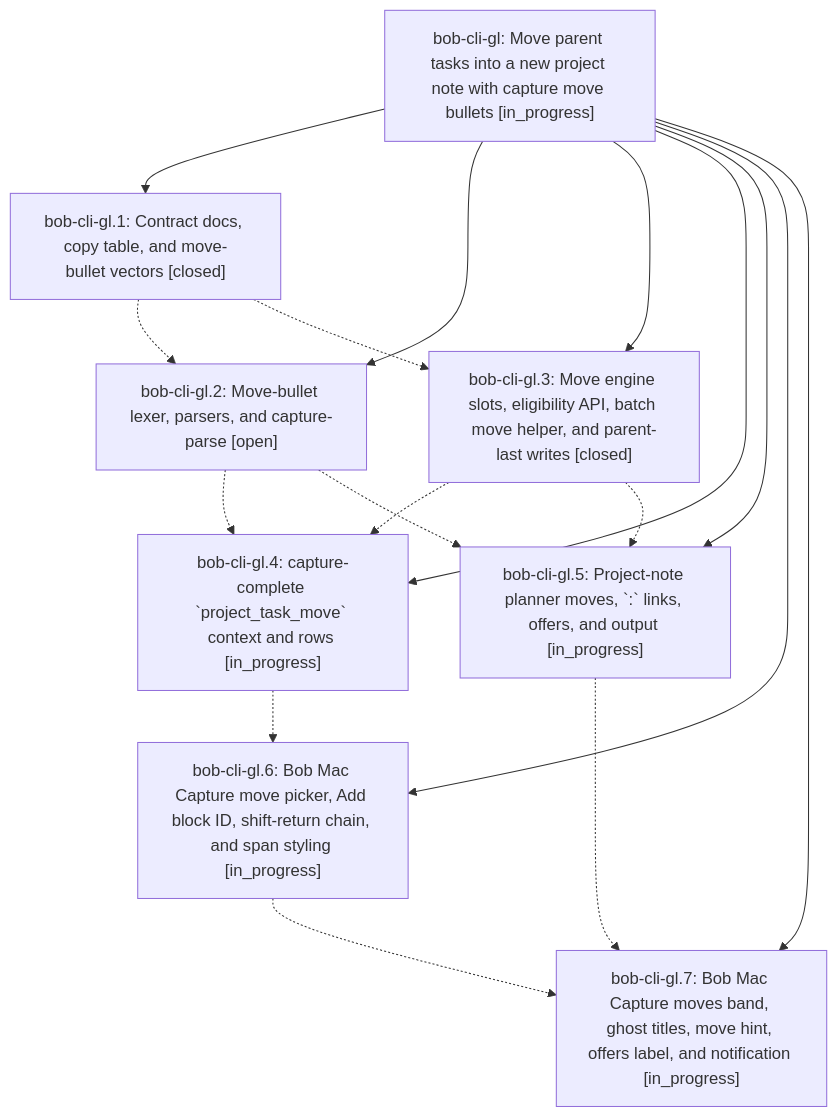
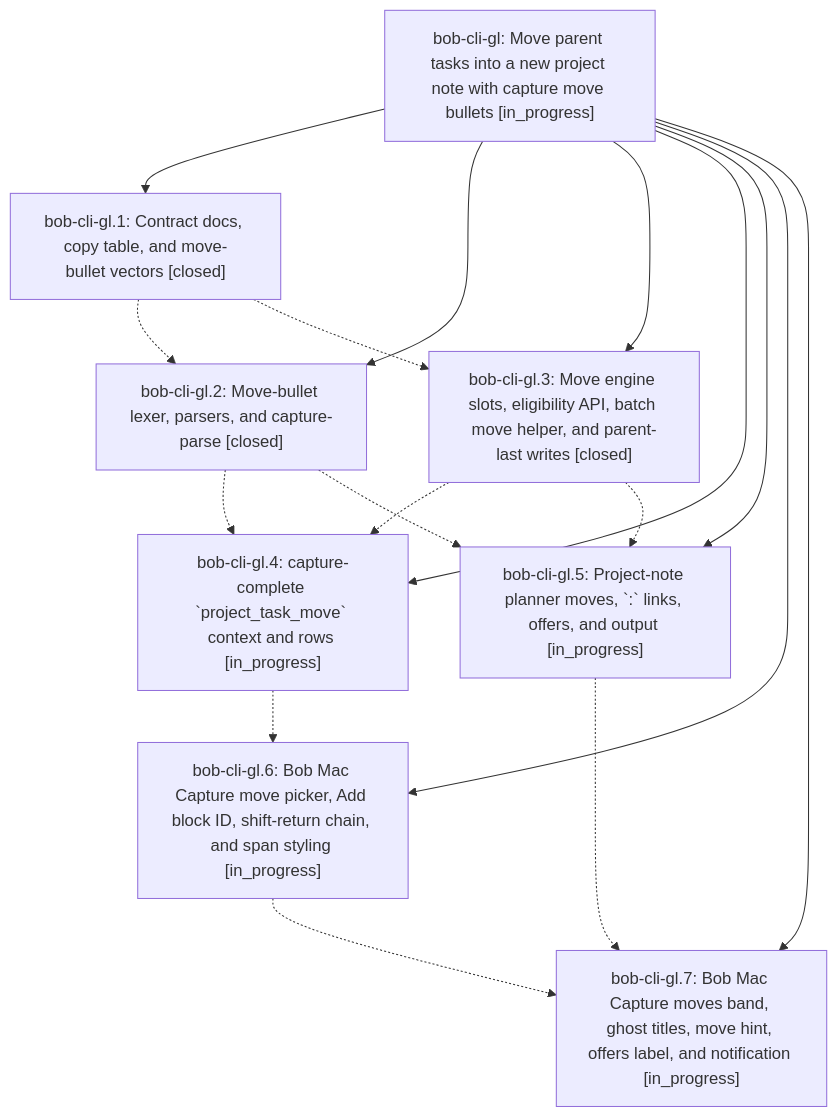
Before and after one commit to bobs-org/bob-cli--beads: the diagram in pages/bob-cli-gl/README.md, drawn with Mermaid. The commit also changed other lines of this file and 5 other files, not shown here.

First line of the commit message:
chore(beads): sync bead state and pages for bob-cli-gl

````diff
--- a/pages/bob-cli-gl/README.md
+++ b/pages/bob-cli-gl/README.md
@@ -40,27 +42,27 @@
 ```mermaid
 flowchart TD
     n0["bob-cli-gl: Move parent tasks into a new project note with capture move bullets [in_progress]"]
     n1["bob-cli-gl.1: Contract docs, copy table, and move-bullet vectors [closed]"]
-    n2["bob-cli-gl.2: Move-bullet lexer, parsers, and capture-parse [open]"]
+    n2["bob-cli-gl.2: Move-bullet lexer, parsers, and capture-parse [closed]"]
     n3["bob-cli-gl.3: Move engine slots, eligibility API, batch move helper, and parent-last writes [closed]"]
     n4["bob-cli-gl.4: capture-complete `project_task_move` context and rows [in_progress]"]
     n5["bob-cli-gl.5: Project-note planner moves, `:` links, offers, and output [in_progress]"]
     n6["bob-cli-gl.6: Bob Mac Capture move picker, Add block ID, shift-return chain, and span styling [in_progress]"]
     n7["bob-cli-gl.7: Bob Mac Capture moves band, ghost titles, move hint, offers label, and notification [in_progress]"]
     n0 --> n1
     n0 --> n2
     n0 --> n3
     n0 --> n4
     n0 --> n5
     n0 --> n6
     n0 --> n7
     n1 -.-> n2
     n1 -.-> n3
     n2 -.-> n4
     n2 -.-> n5
     n3 -.-> n4
     n3 -.-> n5
     n4 -.-> n6
     n5 -.-> n7
     n6 -.-> n7
 ```
````
